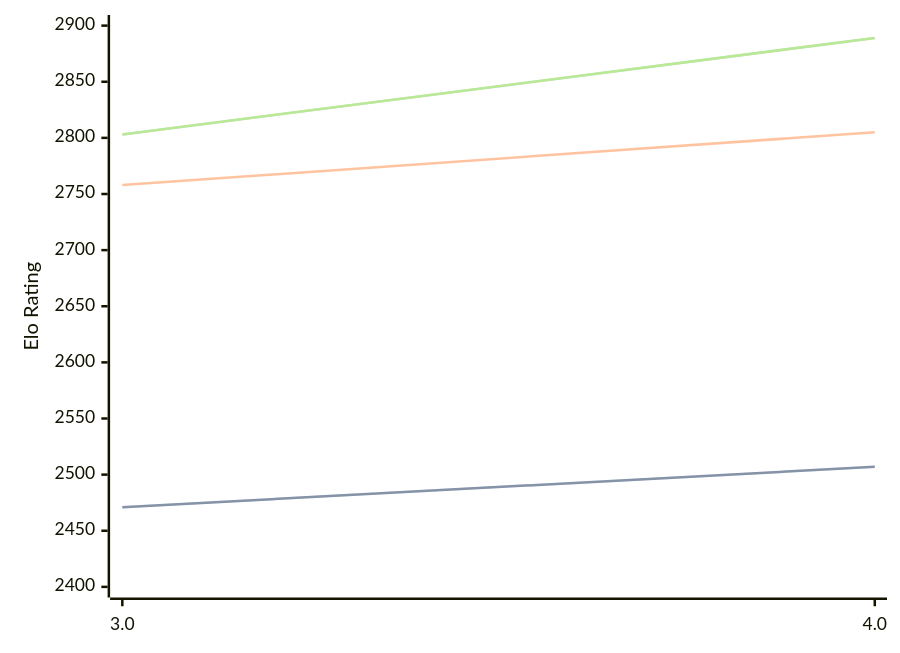
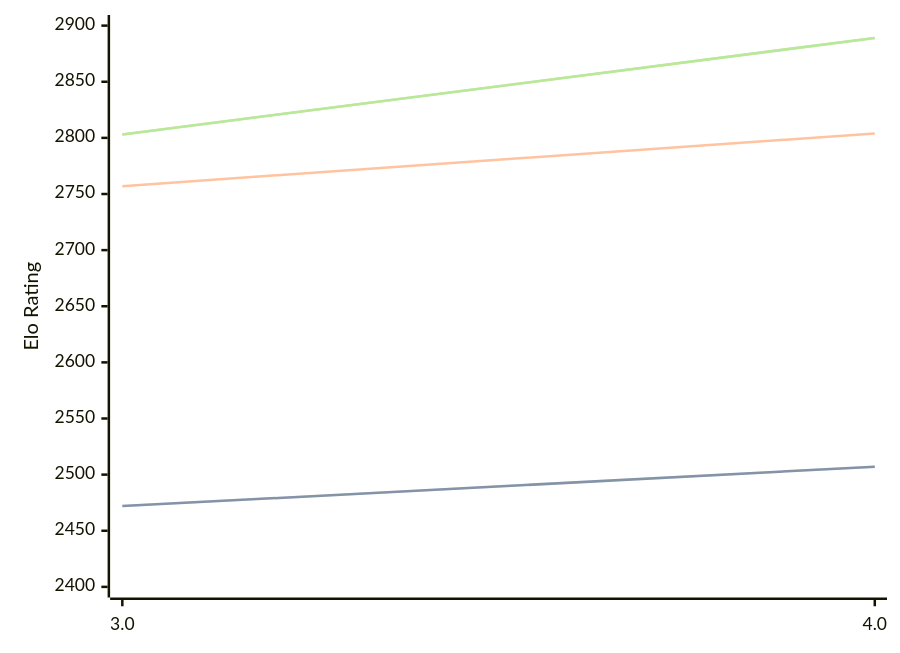
One commit to computer-chess-index/cci changed the diagram in engines/Chess3.md. Above: the diagram before and after it, drawn with Mermaid. The commit also changed other lines of this file, not shown here.

````diff
--- a/engines/Chess3.md
+++ b/engines/Chess3.md
@@ -32,11 +32,11 @@
 ```mermaid
 %%{init: {"theme":"base","themeVariables":{"seriesColors:['#a3a3a3','#222221','#faa371']}}}%%
 xychart-beta
   x-axis ["3.0", "4.0"]
   y-axis "Elo Rating" 2400 --> 2900
-  line "" [2471, 2507]
-  line "STC (8.0+0.08s)" [2471, 2507]
-  line "LTC (60.0+0.60s)" [2758, 2805]
+  line "" [2472, 2507]
+  line "STC (8.0+0.08s)" [2472, 2507]
+  line "LTC (60.0+0.60s)" [2757, 2804]
   line "" [2803, 2889]
   line "VLTC (2m24s+1.12s)" [2803, 2889]
 ```
````
